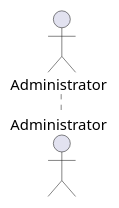
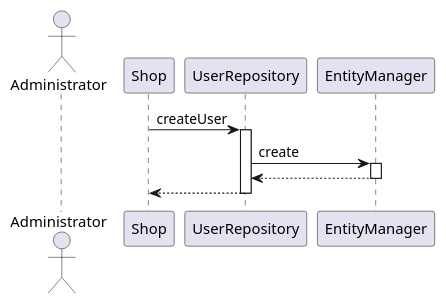
Before and after one commit to mspronesti/ezshop: the sixth of 11 diagrams in Deliverables/DesignDocument.md, drawn with PlantUML. The commit also changed other lines of this file, not shown here.

Commit message:
feat(design): add verification sequence diagrams 1, 2, 3, 4 and 5

````diff
--- a/Deliverables/DesignDocument.md
+++ b/Deliverables/DesignDocument.md
@@ -351,5 +366,16 @@
 ```plantuml
 @startuml
 actor Administrator
+    Shop -> UserRepository: createUser
+    activate UserRepository
+
+    UserRepository -> EntityManager: create
+    activate EntityManager
+
+    EntityManager --> UserRepository
+    deactivate EntityManager
+
+    UserRepository --> Shop
+    deactivate UserRepository
 @enduml
 ```
````
